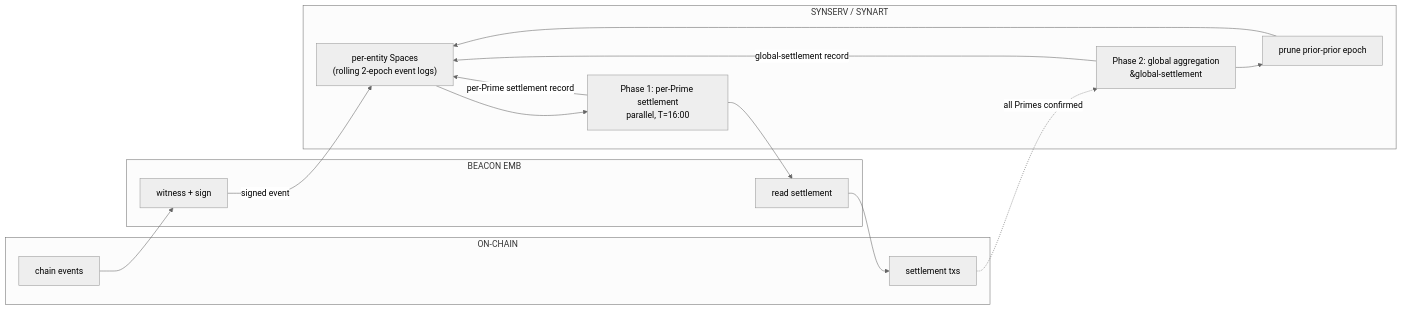
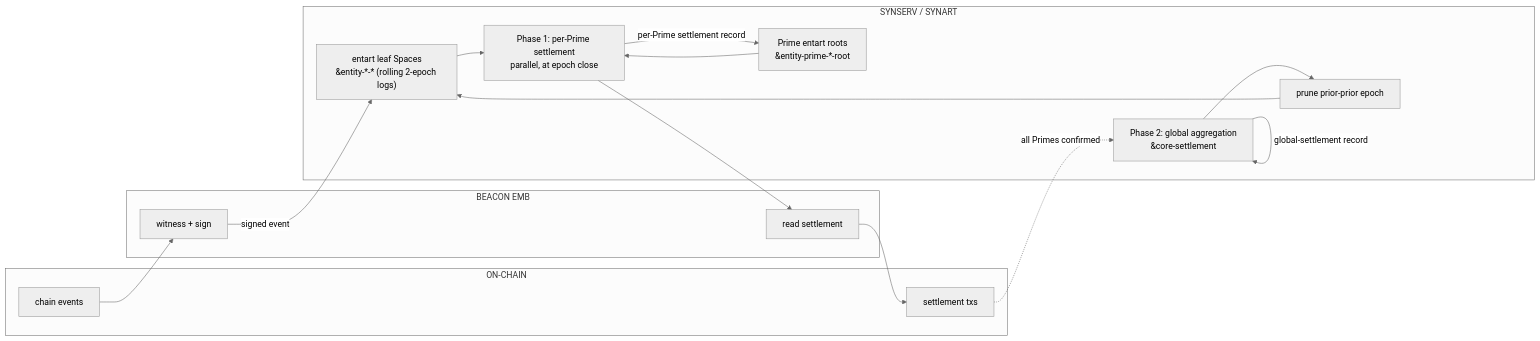
The sixth of 6 diagrams in synomics/noemar-synlang/syn-overview.md (sky-ecosystem/laniakea-docs), drawn with Mermaid (neutral theme) before and after one commit. The commit also changed other lines of this file and 13 other files, not shown here.

````diff
--- a/synomics/noemar-synlang/syn-overview.md
+++ b/synomics/noemar-synlang/syn-overview.md
@@ -416,30 +505,32 @@
 ```mermaid
 flowchart LR
     subgraph chain["ON-CHAIN"]
         EV[chain events]
         ST[settlement txs]
     end
 
     subgraph beacon["BEACON EMB"]
         BW[witness + sign]
         BR[read settlement]
     end
 
     subgraph synserv["SYNSERV / SYNART"]
-        SY["per-entity Spaces<br/>(rolling 2-epoch event logs)"]
-        SC[Phase 1: per-Prime settlement<br/>parallel, T=16:00]
-        GA["Phase 2: global aggregation<br/>&global-settlement"]
+        ET["entart leaf Spaces<br/>&entity-*-* (rolling 2-epoch logs)"]
+        EP["Prime entart roots<br/>&entity-prime-*-root"]
+        SC[Phase 1: per-Prime settlement<br/>parallel, at epoch close]
+        GA["Phase 2: global aggregation<br/>&core-settlement"]
         PR[prune prior-prior epoch]
     end
 
     EV --> BW
-    BW -->|signed event| SY
-    SY --> SC
-    SC -->|per-Prime settlement record| SY
+    BW -->|signed event| ET
+    ET --> SC
+    EP --> SC
+    SC -->|per-Prime settlement record| EP
     SC --> BR
     BR --> ST
     ST -.->|all Primes confirmed| GA
-    GA -->|global-settlement record| SY
+    GA -->|global-settlement record| GA
     GA --> PR
-    PR --> SY
+    PR --> ET
 ```
````
